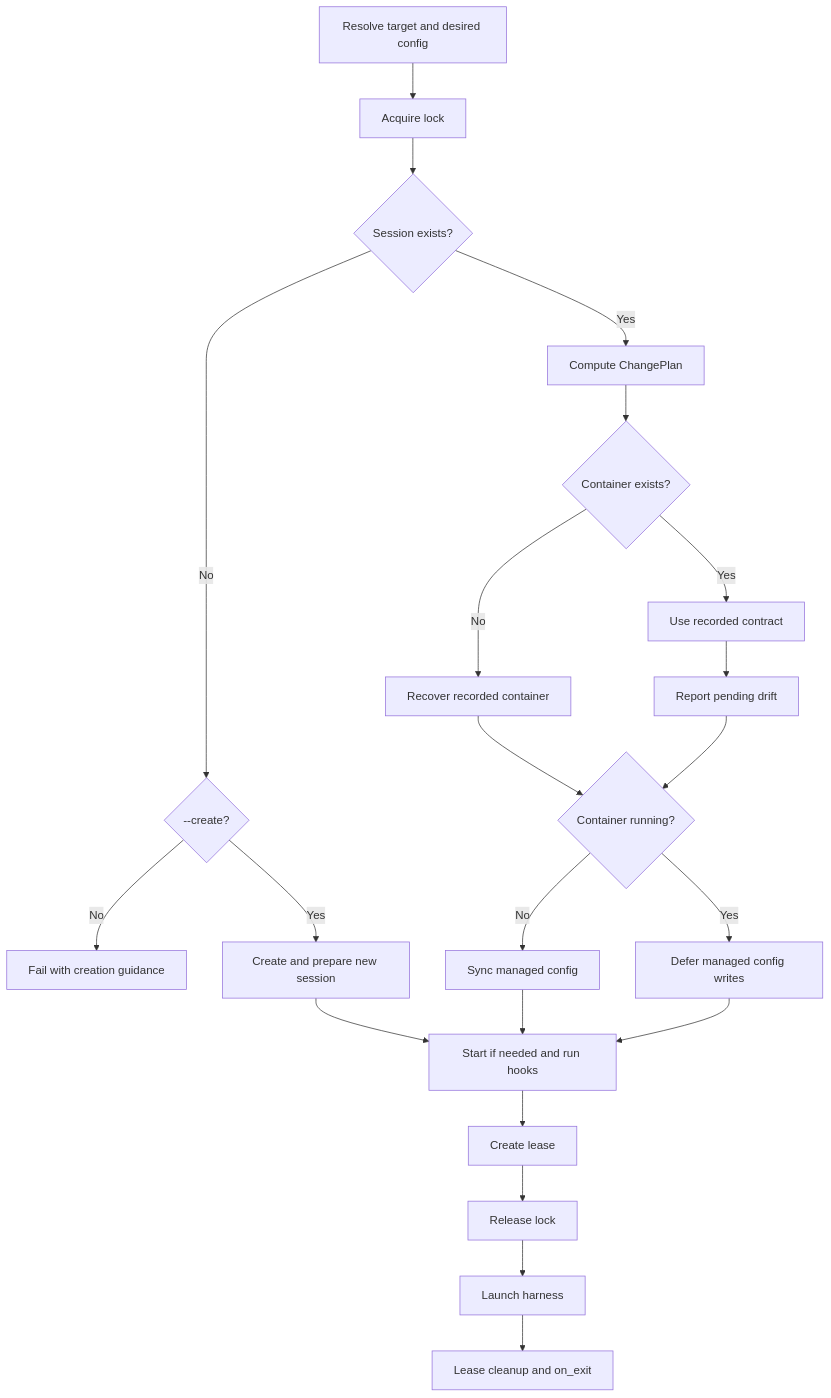
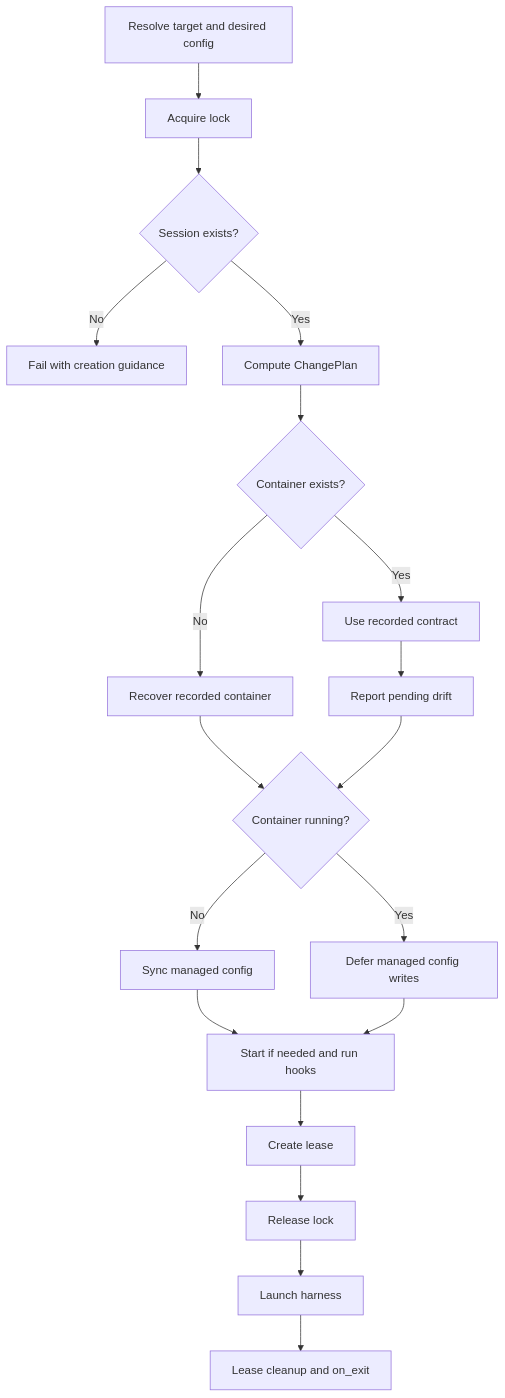
The second of 2 diagrams in docs/dev/rewrite-plan.md (pip12345/devbox-neo), drawn with Mermaid before and after one commit. The commit also changed other lines of this file and 34 other files, not shown here.

````diff
--- a/docs/dev/rewrite-plan.md
+++ b/docs/dev/rewrite-plan.md
@@ -1128,24 +1128,21 @@
 ```mermaid
 flowchart TD
     A[Resolve target and desired config] --> B[Acquire lock]
     B --> C{Session exists?}
-    C -->|No| D{--create?}
-    D -->|No| X[Fail with creation guidance]
-    D -->|Yes| Y[Create and prepare new session]
+    C -->|No| X[Fail with creation guidance]
     C -->|Yes| E[Compute ChangePlan]
     E --> F{Container exists?}
     F -->|No| G[Recover recorded container]
     F -->|Yes| H[Use recorded contract]
     H --> I[Report pending drift]
     G --> J{Container running?}
-    Y --> K
     I --> J
     J -->|No| S[Sync managed config]
     J -->|Yes| T[Defer managed config writes]
     S --> K[Start if needed and run hooks]
     T --> K
     K --> L[Create lease]
     L --> M[Release lock]
     M --> N[Launch harness]
     N --> O[Lease cleanup and on_exit]
 ```
````
